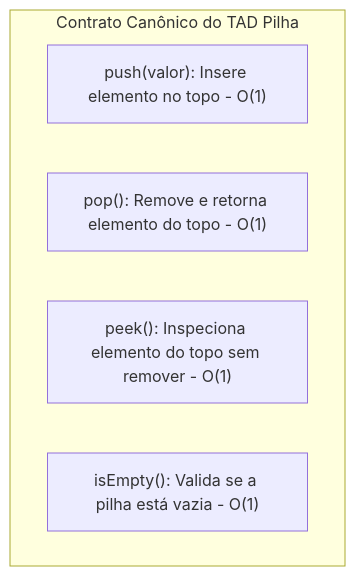
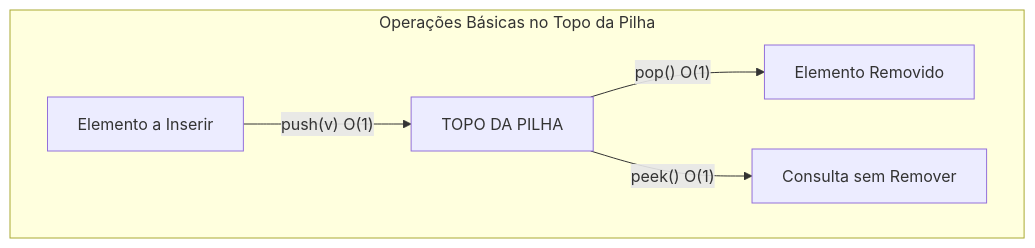
Diagram 23 of 33 in 4º Semestre/[Prof. Wesley Soares] Estrutura de Dados I/Resumos-IA/Caderno-Consolidado.md (murilolol/unifef), drawn with Mermaid before and after one commit. The commit also changed other lines of this file and 18 other files, not shown here.

````diff
--- a/4º Semestre/[Prof. Wesley Soares] Estrutura de Dados I/Resumos-IA/Caderno-Consolidado.md
+++ b/4º Semestre/[Prof. Wesley Soares] Estrutura de Dados I/Resumos-IA/Caderno-Consolidado.md
@@ -973,9 +1056,8 @@
 ```mermaid
 flowchart TD
-    subgraph OperacoesPilha["Contrato Canônico do TAD Pilha"]
-        OP1["push(valor): Insere elemento no topo - O(1)"]
-        OP2["pop(): Remove e retorna elemento do topo - O(1)"]
-        OP3["peek(): Inspeciona elemento do topo sem remover - O(1)"]
-        OP4["isEmpty(): Valida se a pilha está vazia - O(1)"]
+    subgraph OperacoesPilha["Operações Básicas no Topo da Pilha"]
+        A["Elemento a Inserir"] -->|"push(v) O(1)"| Topo["TOPO DA PILHA"]
+        Topo -->|"pop() O(1)"| Removido["Elemento Removido"]
+        Topo -->|"peek() O(1)"| Consulta["Consulta sem Remover"]
     end
 ```
````
